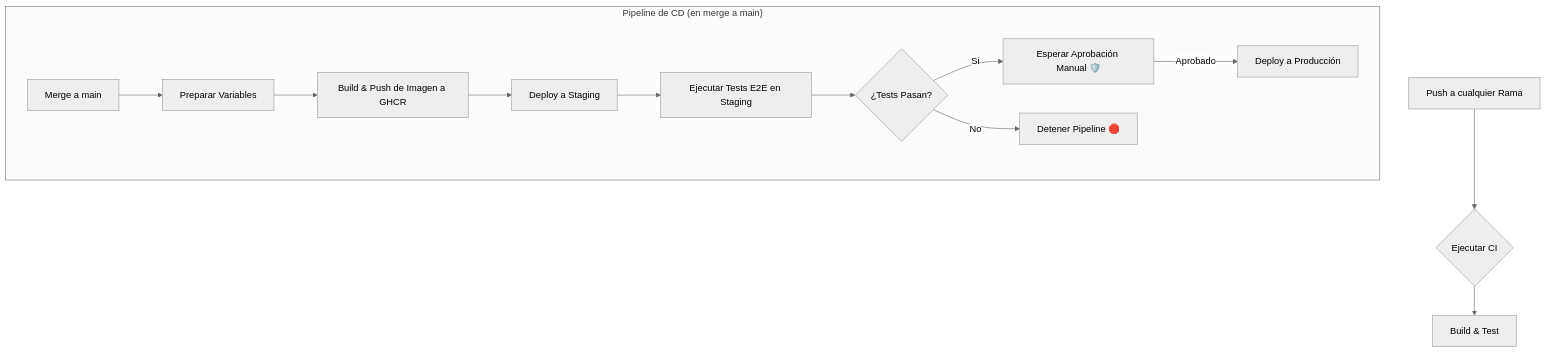
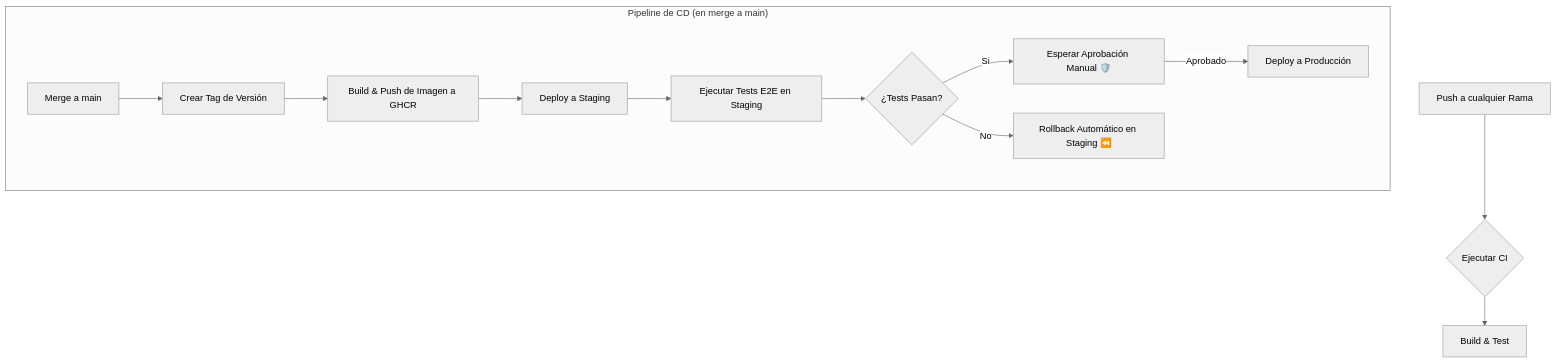
The diagram in SOLUTION.md (DanteBelNan/dev-cicd-challenge), drawn with Mermaid (neutral theme) before and after one commit. The commit also changed 2 other files, not shown here.

Commit message:
added automatic staging rollback in mermaid removed example urls in workflow added different response from endpoint so E2E test fails and rollbacks!

````diff
--- a/SOLUTION.md
+++ b/SOLUTION.md
@@ -51,16 +51,16 @@
 ```mermaid
 graph TD
     A[Push a cualquier Rama] --> B{Ejecutar CI};
     B --> C[Build & Test];
 
     subgraph "Pipeline de CD (en merge a main)"
-        D[Merge a main] --> E[Preparar Variables];
+        D[Merge a main] --> E[Crear Tag de Versión];
         E --> F[Build & Push de Imagen a GHCR];
         F --> G[Deploy a Staging];
         G --> H[Ejecutar Tests E2E en Staging];
         H --> I{¿Tests Pasan?};
         I -- Si --> J[Esperar Aprobación Manual 🛡️];
         J -- Aprobado --> K[Deploy a Producción];
-        I -- No --> L[Detener Pipeline 🛑];
+        I -- No --> L[Rollback Automático en Staging ⏪];
     end
 ```
````
